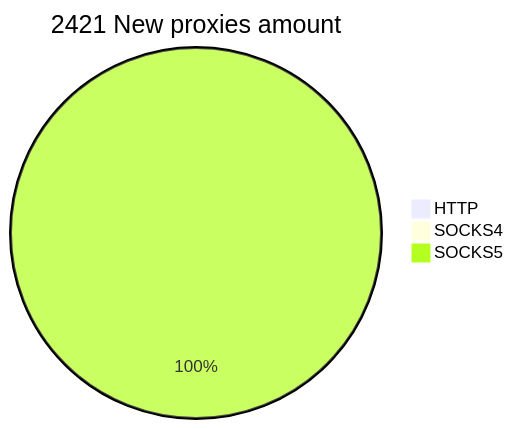
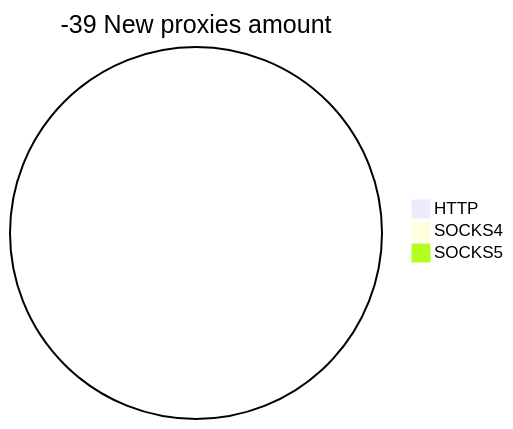
One commit to cutipu/proxylist changed the second of 2 diagrams in README.md. Above: the diagram before and after it, drawn with Mermaid. The commit also changed other lines of this file, not shown here.

````diff
--- a/README.md
+++ b/README.md
@@ -10,6 +10,6 @@
 ```mermaid
-pie title 2421 New proxies amount
+pie title -39 New proxies amount
     "HTTP" : 0
     "SOCKS4" : 0
-    "SOCKS5" : 2422
+    "SOCKS5" : 0
 ```
````
